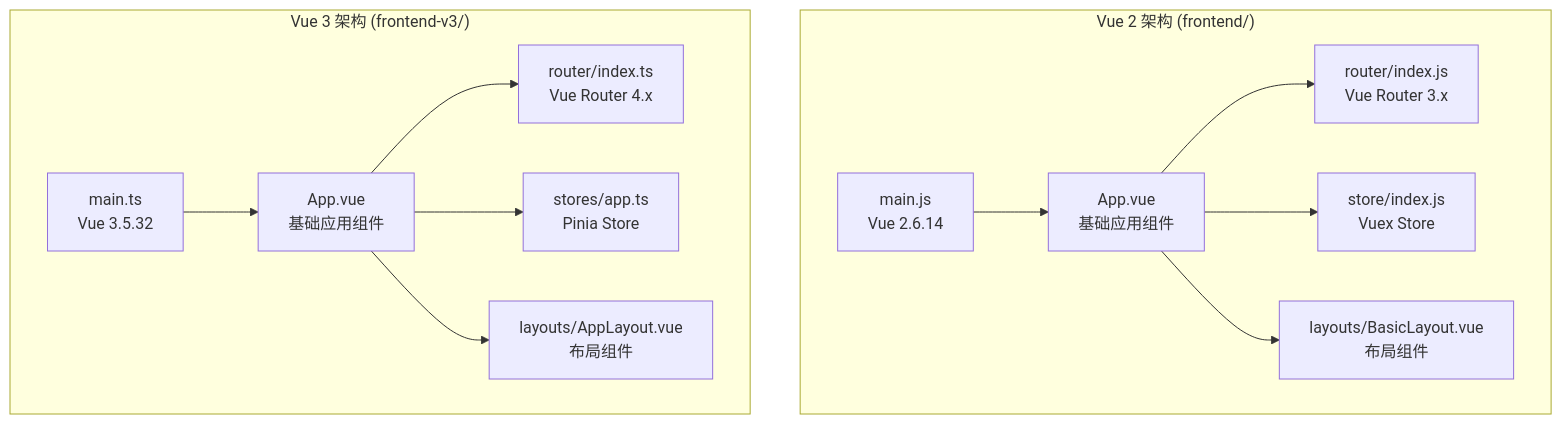
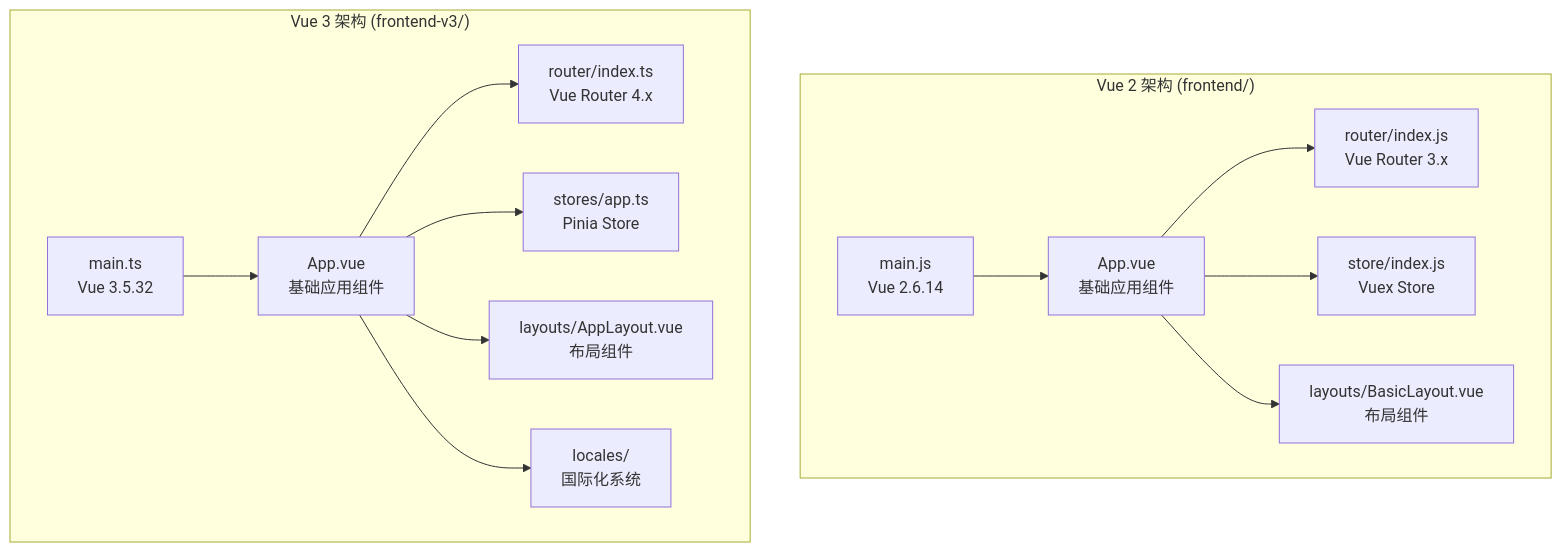
One commit to joezxh/QuantDinger changed the first of 14 diagrams in .qoder/repowiki/zh/content/核心功能模块/Vue 3 前端重写.md. Above: the diagram before and after it, drawn with Mermaid. The commit also changed other lines of this file and 116 other files, not shown here.

````diff
--- a/.qoder/repowiki/zh/content/核心功能模块/Vue 3 前端重写.md
+++ b/.qoder/repowiki/zh/content/核心功能模块/Vue 3 前端重写.md
@@ -49,25 +71,27 @@
 ```mermaid
 graph TB
 subgraph "Vue 2 架构 (frontend/)"
 V2_Main["main.js<br/>Vue 2.6.14"]
 V2_App["App.vue<br/>基础应用组件"]
 V2_Router["router/index.js<br/>Vue Router 3.x"]
 V2_Store["store/index.js<br/>Vuex Store"]
 V2_Layout["layouts/BasicLayout.vue<br/>布局组件"]
 end
 subgraph "Vue 3 架构 (frontend-v3/)"
 V3_Main["main.ts<br/>Vue 3.5.32"]
 V3_App["App.vue<br/>基础应用组件"]
 V3_Router["router/index.ts<br/>Vue Router 4.x"]
 V3_Store["stores/app.ts<br/>Pinia Store"]
 V3_Layout["layouts/AppLayout.vue<br/>布局组件"]
+V3_I18n["locales/<br/>国际化系统"]
 end
 V2_Main --> V2_App
 V2_App --> V2_Router
 V2_App --> V2_Store
 V2_App --> V2_Layout
 V3_Main --> V3_App
 V3_App --> V3_Router
 V3_App --> V3_Store
 V3_App --> V3_Layout
+V3_App --> V3_I18n
 ```
````
